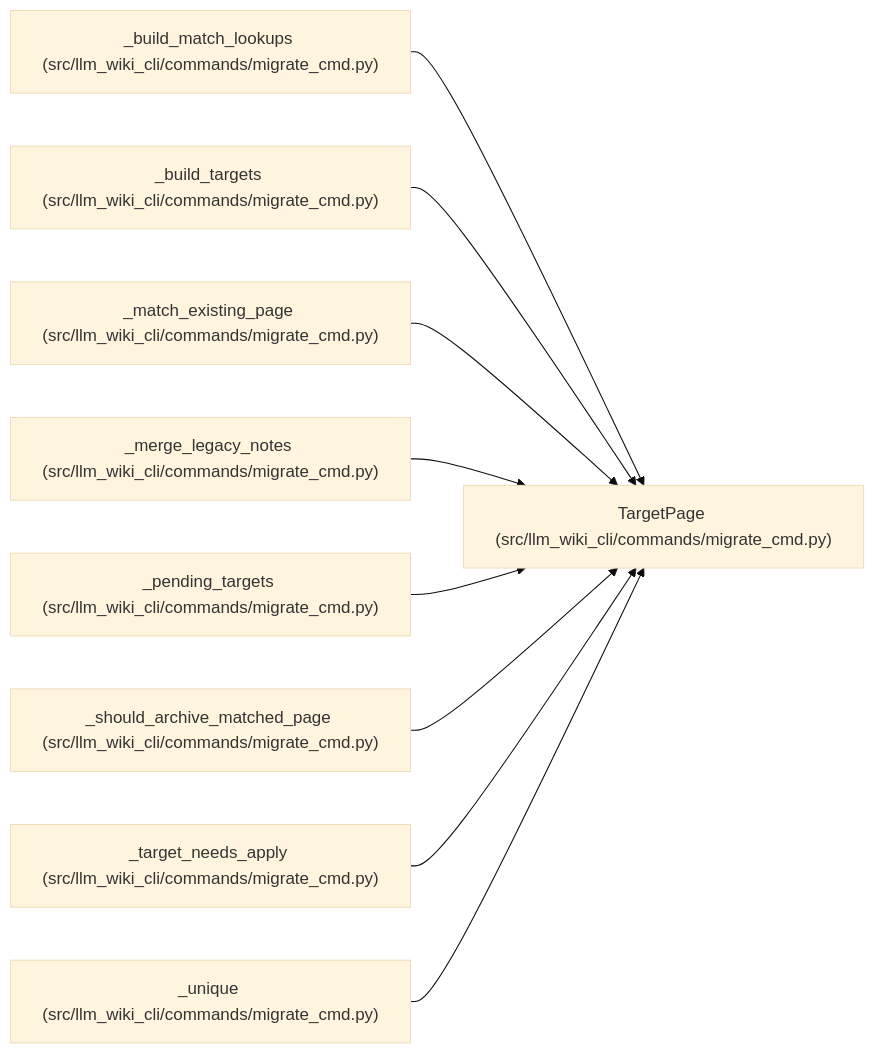
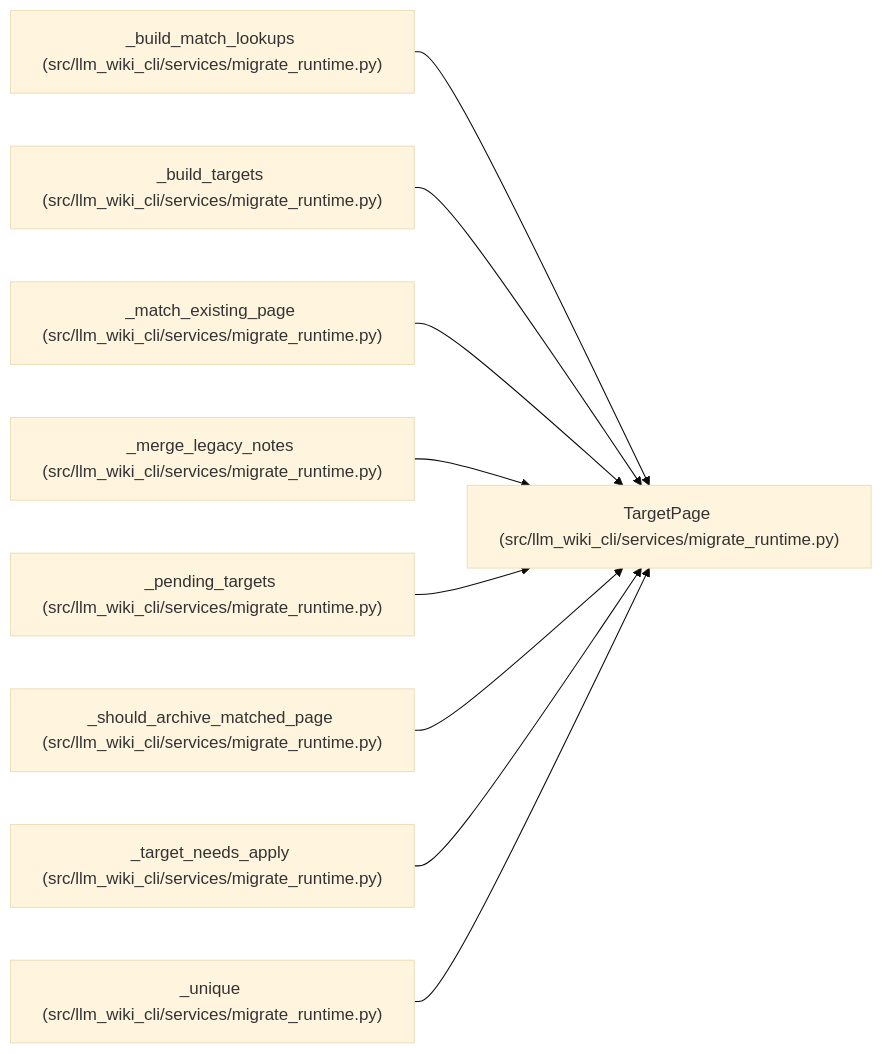
Before and after one commit to Denissvgn/python-wiki-llm: the diagram in docs/llm_wiki/entities/TargetPage.md, drawn with Mermaid (base theme). The commit also changed other lines of this file and 1555 other files, not shown here.

````diff
--- a/docs/llm_wiki/entities/TargetPage.md
+++ b/docs/llm_wiki/entities/TargetPage.md
@@ -33,29 +33,29 @@
 ```mermaid
 flowchart LR
-    n0["TargetPage (src/llm_wiki_cli/commands/migrate_cmd.py)"]
-    n1["_build_match_lookups (src/llm_wiki_cli/commands/migrate_cmd.py)"]
-    n2["_build_targets (src/llm_wiki_cli/commands/migrate_cmd.py)"]
-    n3["_match_existing_page (src/llm_wiki_cli/commands/migrate_cmd.py)"]
-    n4["_merge_legacy_notes (src/llm_wiki_cli/commands/migrate_cmd.py)"]
-    n5["_pending_targets (src/llm_wiki_cli/commands/migrate_cmd.py)"]
-    n6["_should_archive_matched_page (src/llm_wiki_cli/commands/migrate_cmd.py)"]
-    n7["_target_needs_apply (src/llm_wiki_cli/commands/migrate_cmd.py)"]
-    n8["_unique (src/llm_wiki_cli/commands/migrate_cmd.py)"]
+    n0["TargetPage (src/llm_wiki_cli/services/migrate_runtime.py)"]
+    n1["_build_match_lookups (src/llm_wiki_cli/services/migrate_runtime.py)"]
+    n2["_build_targets (src/llm_wiki_cli/services/migrate_runtime.py)"]
+    n3["_match_existing_page (src/llm_wiki_cli/services/migrate_runtime.py)"]
+    n4["_merge_legacy_notes (src/llm_wiki_cli/services/migrate_runtime.py)"]
+    n5["_pending_targets (src/llm_wiki_cli/services/migrate_runtime.py)"]
+    n6["_should_archive_matched_page (src/llm_wiki_cli/services/migrate_runtime.py)"]
+    n7["_target_needs_apply (src/llm_wiki_cli/services/migrate_runtime.py)"]
+    n8["_unique (src/llm_wiki_cli/services/migrate_runtime.py)"]
     n1 --> n0
     n2 --> n0
     n3 --> n0
     n4 --> n0
     n5 --> n0
     n6 --> n0
     n7 --> n0
     n8 --> n0
-    click n0 "../modules/migrate_cmd.md"
-    click n1 "../modules/migrate_cmd.md"
-    click n2 "../modules/migrate_cmd.md"
-    click n3 "../modules/migrate_cmd.md"
-    click n4 "../modules/migrate_cmd.md"
-    click n5 "../modules/migrate_cmd.md"
-    click n6 "../modules/migrate_cmd.md"
-    click n7 "../modules/migrate_cmd.md"
-    click n8 "../modules/migrate_cmd.md"
+    click n0 "../modules/migrate_runtime.md"
+    click n1 "../modules/migrate_runtime.md"
+    click n2 "../modules/migrate_runtime.md"
+    click n3 "../modules/migrate_runtime.md"
+    click n4 "../modules/migrate_runtime.md"
+    click n5 "../modules/migrate_runtime.md"
+    click n6 "../modules/migrate_runtime.md"
+    click n7 "../modules/migrate_runtime.md"
+    click n8 "../modules/migrate_runtime.md"
 ```
````
